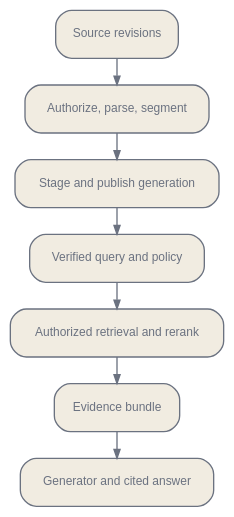
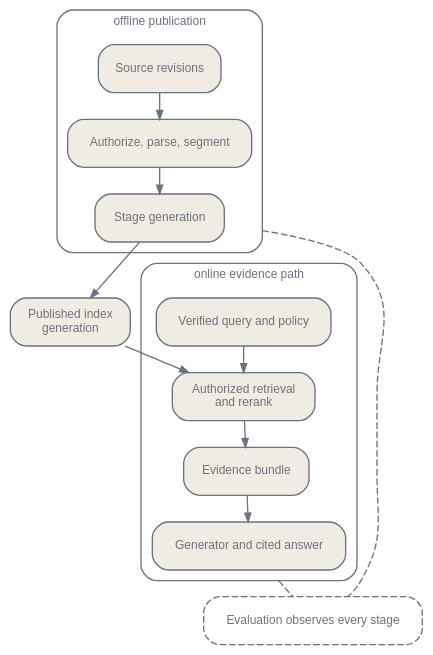
The first of 3 diagrams in en/practice/06-retrieval-and-documents.qmd (latere-ai/ai-as-an-infrastructure), drawn with Graphviz before and after one commit. The commit also changed other lines of this file and 1 other file, not shown here.

Commit message:
practice: retrieval release as two lanes joined at the published generation, query candidates as parallel retrievers

````diff
--- a/en/practice/06-retrieval-and-documents.qmd
+++ b/en/practice/06-retrieval-and-documents.qmd
@@ -33,21 +33,34 @@
 ```{dot}
 //| label: fig-retrieval-pipeline
 //| fig-cap: "A retrieval release has an offline publication path and an authorized online evidence path."
 digraph {
   bgcolor="transparent";
   rankdir=TB;
   graph [nodesep=0.18, ranksep=0.28];
   node [shape=box, style="rounded,filled", fontname="Helvetica", fontsize=9,
         color="#6b7280", fontcolor="#6b7280", fillcolor="#f1ece1",
         penwidth=1.0, margin="0.12,0.08"];
   edge [color="#6b7280", arrowsize=0.65];
-  S [label="Source revisions"];
-  I [label="Authorize, parse, segment"];
-  P [label="Stage and publish generation"];
-  Q [label="Verified query and policy"];
-  R [label="Authorized retrieval and rerank"];
-  E [label="Evidence bundle"];
-  A [label="Generator and cited answer"];
-  S -> I -> P -> Q -> R -> E -> A;
+  compound=true;
+  subgraph cluster_offline {
+    label="offline publication"; style=rounded; color="#6b7280"; fontcolor="#6b7280"; fontname="Helvetica"; fontsize=9;
+    S [label="Source revisions"];
+    I [label="Authorize, parse, segment"];
+    P [label="Stage generation"];
+    S -> I -> P;
+  }
+  G [label="Published index\ngeneration"];
+  subgraph cluster_online {
+    label="online evidence path"; style=rounded; color="#6b7280"; fontcolor="#6b7280"; fontname="Helvetica"; fontsize=9;
+    Q [label="Verified query and policy"];
+    R [label="Authorized retrieval\nand rerank"];
+    E [label="Evidence bundle"];
+    A [label="Generator and cited answer"];
+    Q -> R -> E -> A;
+  }
+  V [label="Evaluation observes every stage", style="rounded,dashed"];
+  P -> G -> R;
+  P -> V [ltail=cluster_offline, style=dashed, arrowhead=none];
+  A -> V [ltail=cluster_online, style=dashed, arrowhead=none];
 }
 ```
````
